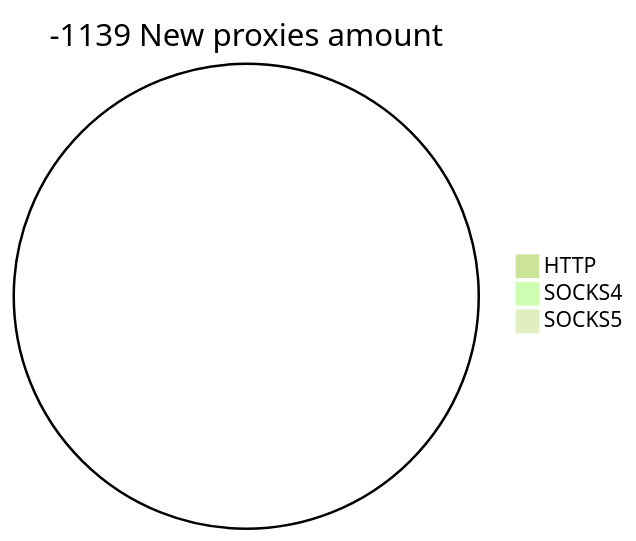
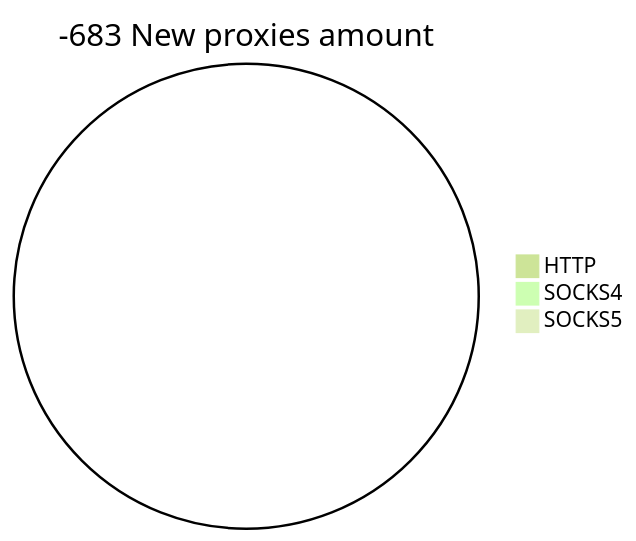
Before and after one commit to cutipu/proxylist: the second of 2 diagrams in README.md, drawn with Mermaid (forest theme). The commit also changed other lines of this file, not shown here.

````diff
--- a/README.md
+++ b/README.md
@@ -10,6 +10,6 @@
 ```mermaid
-pie title -1139 New proxies amount
+pie title -683 New proxies amount
     "HTTP" : 0
     "SOCKS4" : 0
     "SOCKS5" : 0
 ```
````
